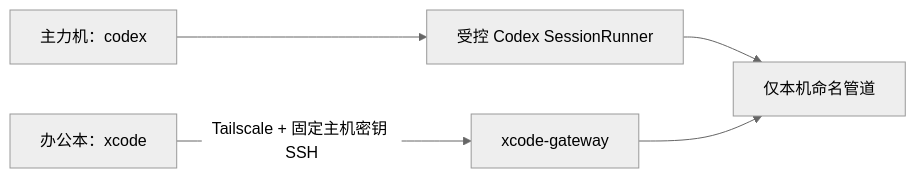
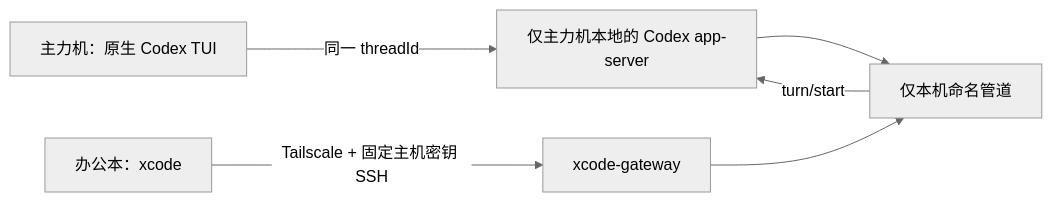
The diagram in README.md (hanhan761/xcode), drawn with Mermaid (neutral theme) before and after one commit. The commit also changed other lines of this file and 14 other files, not shown here.

Commit message:
feat: unify main and office Codex thread

````diff
--- a/README.md
+++ b/README.md
@@ -5,7 +5,7 @@
 ```mermaid
 flowchart LR
-  A[主力机：codex] --> B[受控 Codex SessionRunner]
+  A[主力机：原生 Codex TUI] -->|同一 threadId| B[仅主力机本地的 Codex app-server]
   B --> C[仅本机命名管道]
   D[办公本：xcode] -->|Tailscale + 固定主机密钥 SSH| E[xcode-gateway]
-  E --> C
+  E --> C -->|turn/start| B
 ```
````
